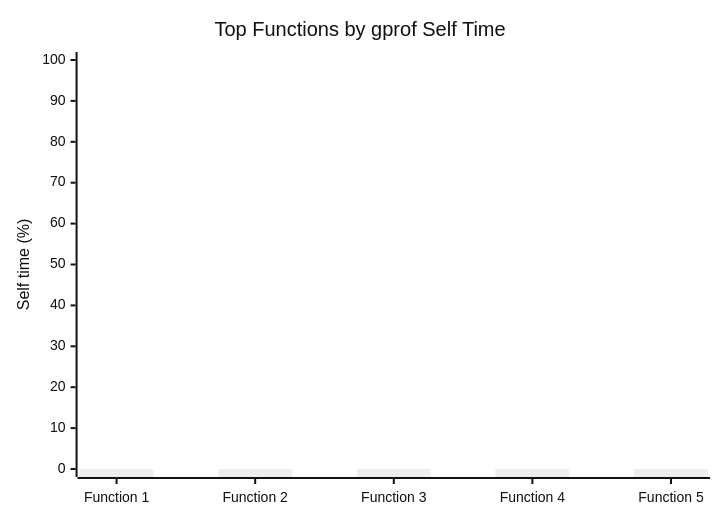
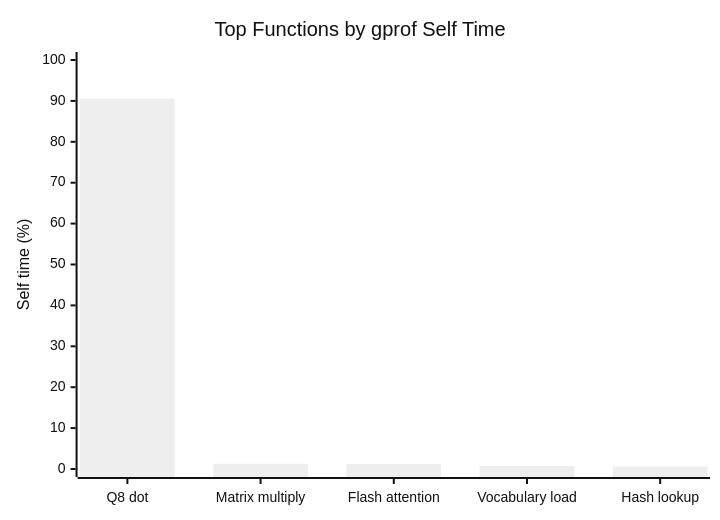
One commit to venthandinesh/SoC_Design_Lab changed the ninth of 9 diagrams in lab1_report.md. Above: the diagram before and after it, drawn with Mermaid (neutral theme). The commit also changed other lines of this file, not shown here.

````diff
--- a/lab1_report.md
+++ b/lab1_report.md
@@ -207,7 +207,7 @@
 ```mermaid
 xychart-beta
     title "Top Functions by gprof Self Time"
-    x-axis ["Function 1", "Function 2", "Function 3", "Function 4", "Function 5"]
+    x-axis ["Q8 dot", "Matrix multiply", "Flash attention", "Vocabulary load", "Hash lookup"]
     y-axis "Self time (%)" 0 --> 100
-    bar [0, 0, 0, 0, 0]
+    bar [90.52, 1.27, 1.19, 0.73, 0.56]
 ```
````
